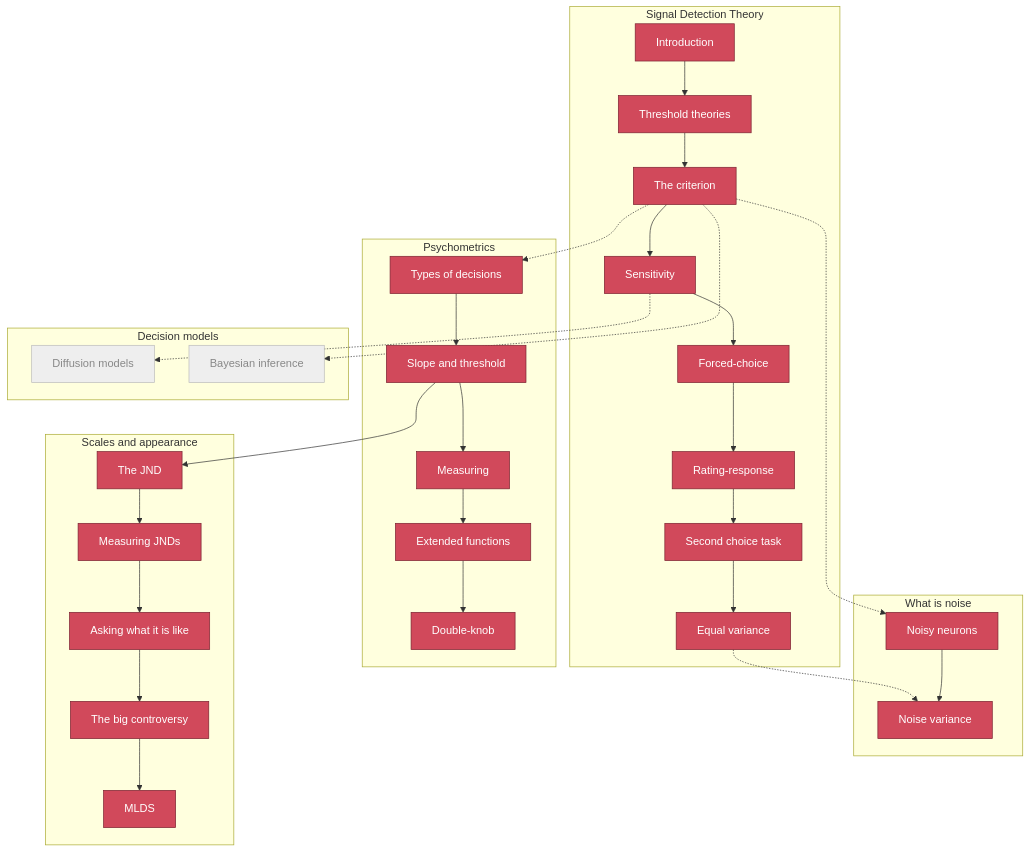
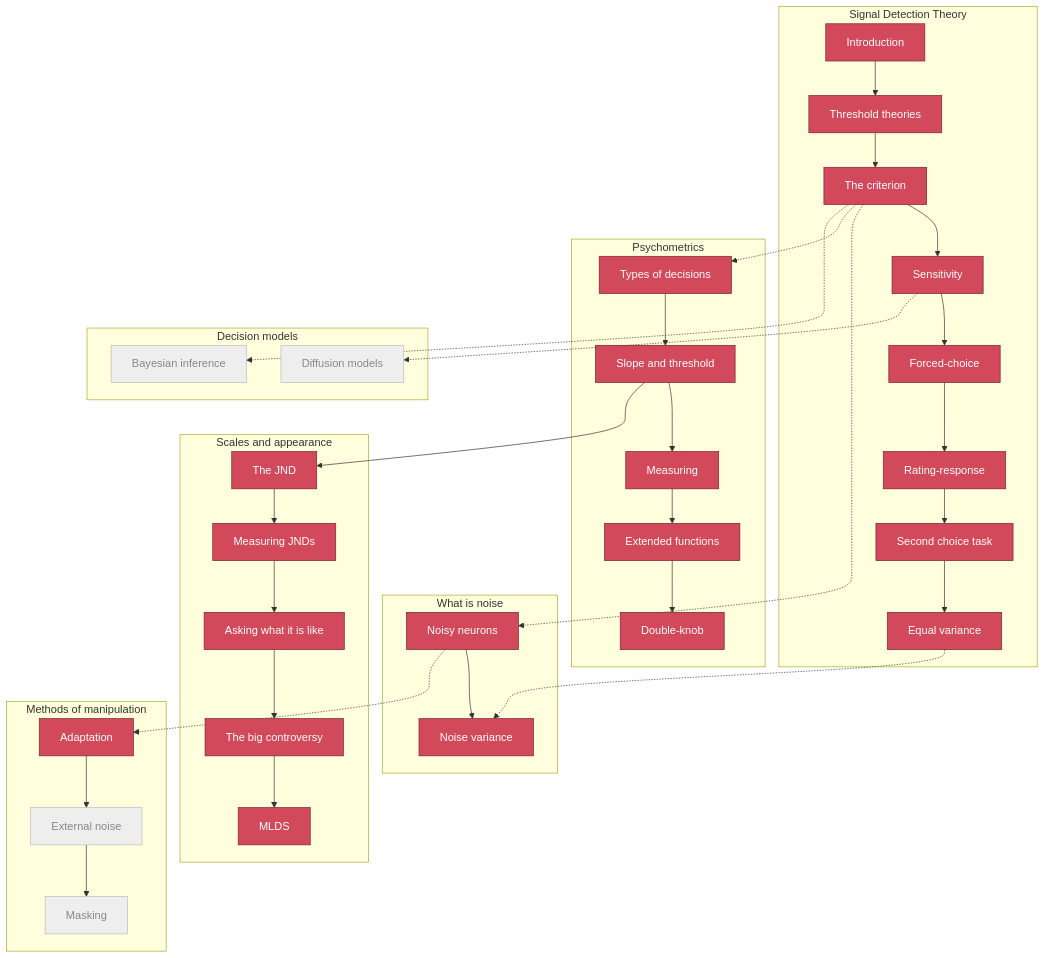
One commit to tbalsdon/psychophysical-choose-your-own-adventure changed the diagram in sitemap.md. Above: the diagram before and after it, drawn with Mermaid. The commit also changed 7 other files, not shown here.

First line of the commit message:
Start Section 4 (Methods of manipulation): landing + Adaptation

````diff
--- a/sitemap.md
+++ b/sitemap.md
@@ -43,6 +43,12 @@
         smlds[MLDS]
     end
 
+    subgraph MAN [Methods of manipulation]
+        madapt[Adaptation]
+        mext[External noise]
+        mmask[Masking]
+    end
+
     subgraph DM [Decision models]
         dm1[Diffusion models]
         dm2[Bayesian inference]
@@ -56,13 +62,15 @@
     pdec --> pst --> pme --> pex --> pdk
     pst --> sjnd
     sjnd --> sst --> sask --> sctrl --> smlds
+    nn -.-> madapt
+    madapt --> mext --> mmask
     e -.-> dm1
     d -.-> dm2
 
     classDef done fill:#d1495b,stroke:#7a2230,color:#fff;
     classDef todo fill:#eee,stroke:#bbb,color:#888;
-    class a,b,d,e,f,g,h,i,nn,nv,pdec,pst,pme,pex,pdk,sjnd,sst,sask,sctrl,smlds done;
-    class dm1,dm2 todo;
+    class a,b,d,e,f,g,h,i,nn,nv,pdec,pst,pme,pex,pdk,sjnd,sst,sask,sctrl,smlds,madapt done;
+    class mext,mmask,dm1,dm2 todo;
 
     click a "../modules/sdt-intro"
     click b "../modules/sdt-threshold-theories"
@@ -84,4 +92,5 @@
     click sask "../modules/scales-magnitude"
     click sctrl "../modules/scales-controversy"
     click smlds "../modules/scales-mlds"
+    click madapt "../modules/man-adaptation"
 ```
````
